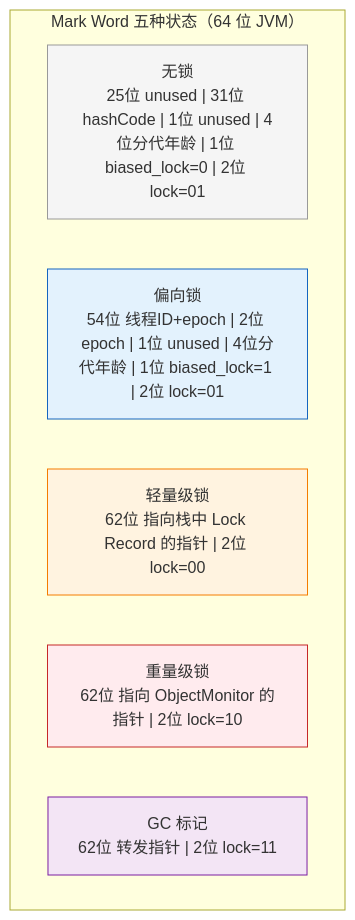
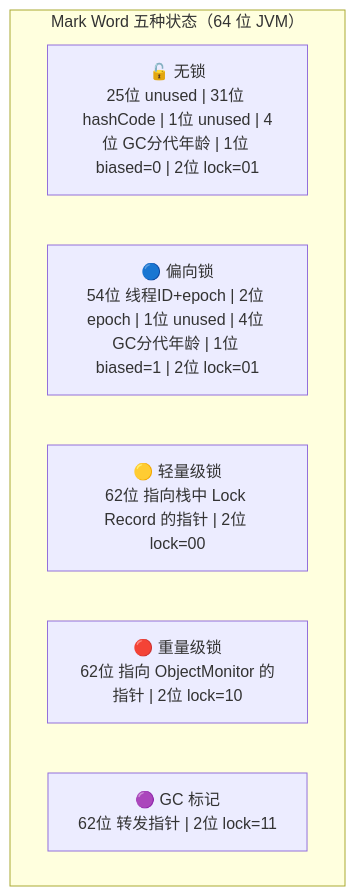
The second of 6 diagrams in content/posts/并发编程/synchronized锁升级全链路——从对象头到重量级锁.md (guozy502/my-tech-blog), drawn with Mermaid before and after one commit. The commit also changed other lines of this file and 52 other files, not shown here.

````diff
--- a/content/posts/并发编程/synchronized锁升级全链路——从对象头到重量级锁.md
+++ b/content/posts/并发编程/synchronized锁升级全链路——从对象头到重量级锁.md
@@ -45,16 +53,10 @@
 ```mermaid
 flowchart TD
     subgraph state["Mark Word 五种状态（64 位 JVM）"]
-        NL["无锁\n25位 unused | 31位 hashCode | 1位 unused | 4位分代年龄 | 1位 biased_lock=0 | 2位 lock=01"]
-        BL["偏向锁\n54位 线程ID+epoch | 2位 epoch | 1位 unused | 4位分代年龄 | 1位 biased_lock=1 | 2位 lock=01"]
-        LL["轻量级锁\n62位 指向栈中 Lock Record 的指针 | 2位 lock=00"]
-        HL["重量级锁\n62位 指向 ObjectMonitor 的指针 | 2位 lock=10"]
-        GC["GC 标记\n62位 转发指针 | 2位 lock=11"]
+        NL["🔓 无锁\n25位 unused | 31位 hashCode | 1位 unused | 4位 GC分代年龄 | 1位 biased=0 | 2位 lock=01"]
+        BL["🔵 偏向锁\n54位 线程ID+epoch | 2位 epoch | 1位 unused | 4位 GC分代年龄 | 1位 biased=1 | 2位 lock=01"]
+        LL["🟡 轻量级锁\n62位 指向栈中 Lock Record 的指针 | 2位 lock=00"]
+        HL["🔴 重量级锁\n62位 指向 ObjectMonitor 的指针 | 2位 lock=10"]
+        GC["🟣 GC 标记\n62位 转发指针 | 2位 lock=11"]
     end
-    
-    style NL fill:#f5f5f5,stroke:#999
-    style BL fill:#e3f2fd,stroke:#1565c0
-    style LL fill:#fff3e0,stroke:#f57c00
-    style HL fill:#ffebee,stroke:#c62828
-    style GC fill:#f3e5f5,stroke:#7b1fa2
 ```
````
